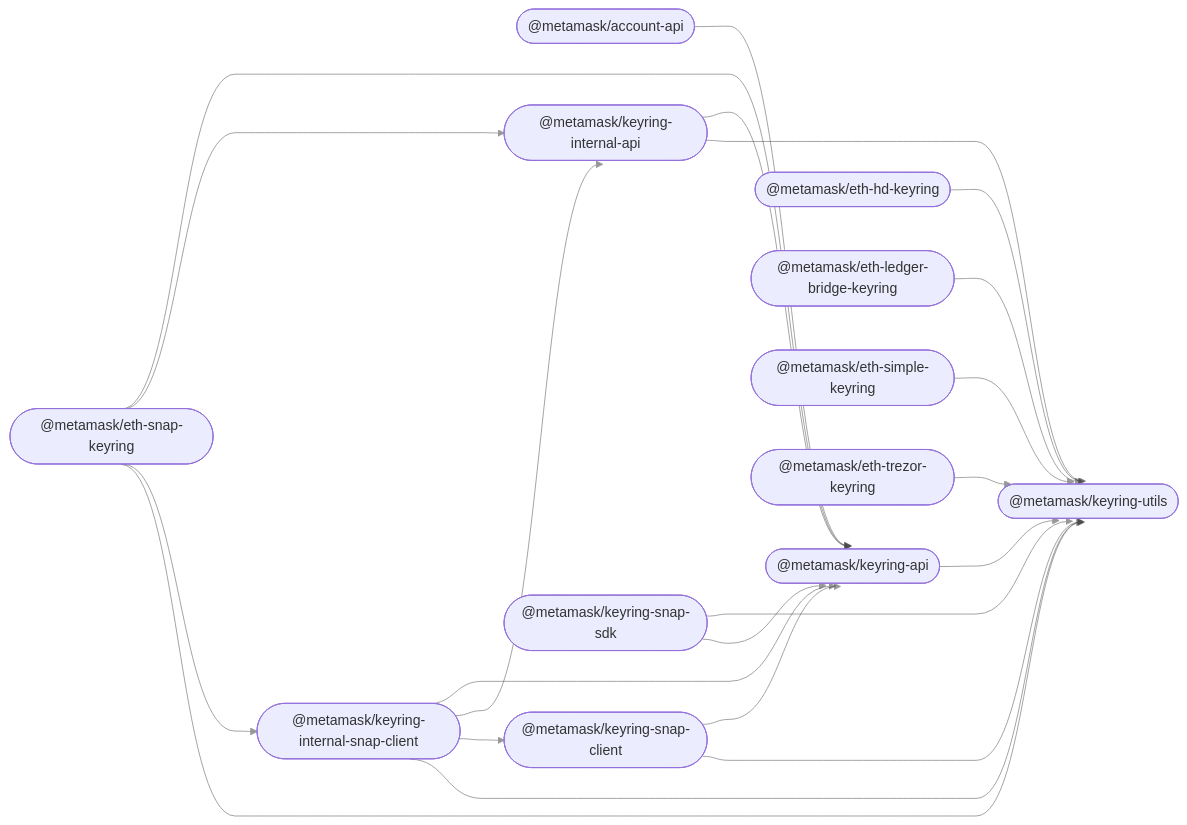
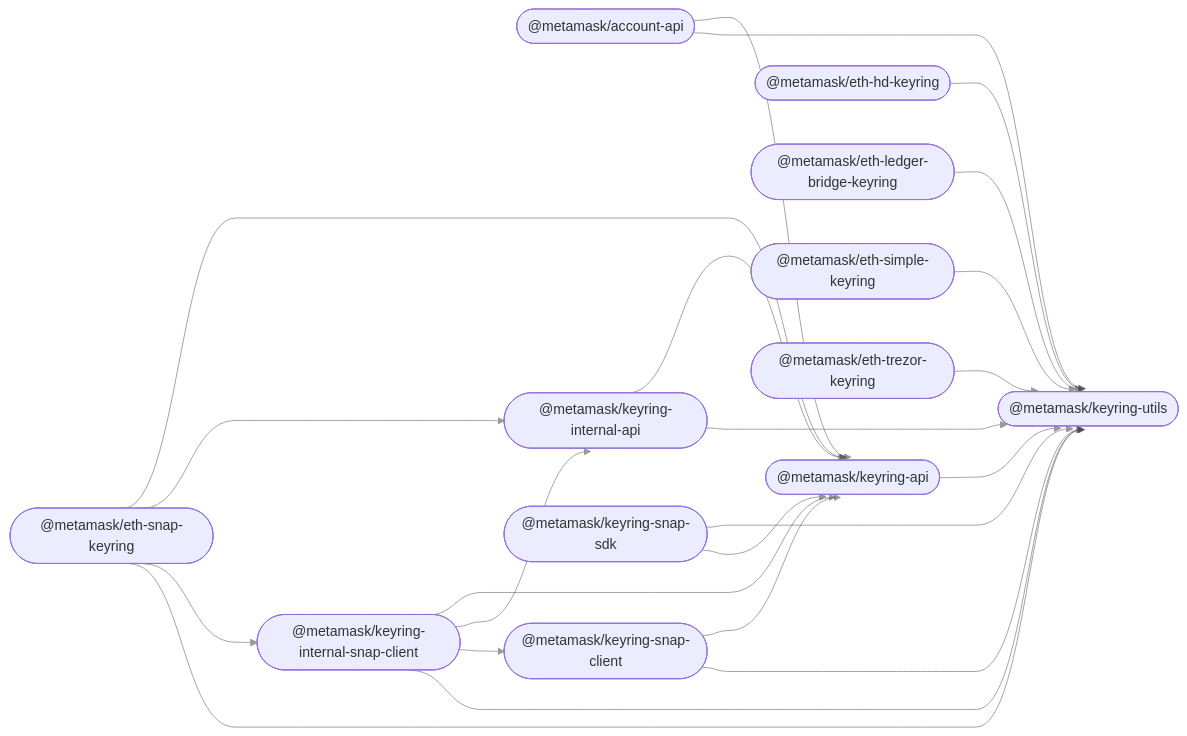
The diagram in README.md (MetaMask/accounts), drawn with Mermaid before and after one commit.

Commit message:
chore: update readme content

````diff
--- a/README.md
+++ b/README.md
@@ -34,37 +34,38 @@
 ```mermaid
 %%{ init: { 'flowchart': { 'curve': 'bumpX' } } }%%
 graph LR;
 linkStyle default opacity:0.5
   account_api(["@metamask/account-api"]);
   keyring_api(["@metamask/keyring-api"]);
   eth_hd_keyring(["@metamask/eth-hd-keyring"]);
   eth_ledger_bridge_keyring(["@metamask/eth-ledger-bridge-keyring"]);
   eth_simple_keyring(["@metamask/eth-simple-keyring"]);
   eth_trezor_keyring(["@metamask/eth-trezor-keyring"]);
   keyring_internal_api(["@metamask/keyring-internal-api"]);
   keyring_internal_snap_client(["@metamask/keyring-internal-snap-client"]);
   eth_snap_keyring(["@metamask/eth-snap-keyring"]);
   keyring_snap_client(["@metamask/keyring-snap-client"]);
   keyring_snap_sdk(["@metamask/keyring-snap-sdk"]);
   keyring_utils(["@metamask/keyring-utils"]);
   account_api --> keyring_api;
+  account_api --> keyring_utils;
   keyring_api --> keyring_utils;
   eth_hd_keyring --> keyring_utils;
   eth_ledger_bridge_keyring --> keyring_utils;
   eth_simple_keyring --> keyring_utils;
   eth_trezor_keyring --> keyring_utils;
   keyring_internal_api --> keyring_api;
   keyring_internal_api --> keyring_utils;
   keyring_internal_snap_client --> keyring_api;
   keyring_internal_snap_client --> keyring_internal_api;
   keyring_internal_snap_client --> keyring_snap_client;
   keyring_internal_snap_client --> keyring_utils;
   eth_snap_keyring --> keyring_api;
   eth_snap_keyring --> keyring_internal_api;
   eth_snap_keyring --> keyring_internal_snap_client;
   eth_snap_keyring --> keyring_utils;
   keyring_snap_client --> keyring_api;
   keyring_snap_client --> keyring_utils;
   keyring_snap_sdk --> keyring_utils;
   keyring_snap_sdk --> keyring_api;
 ```
````
